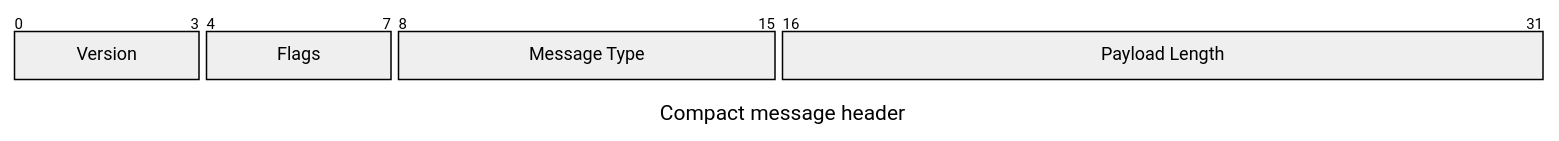
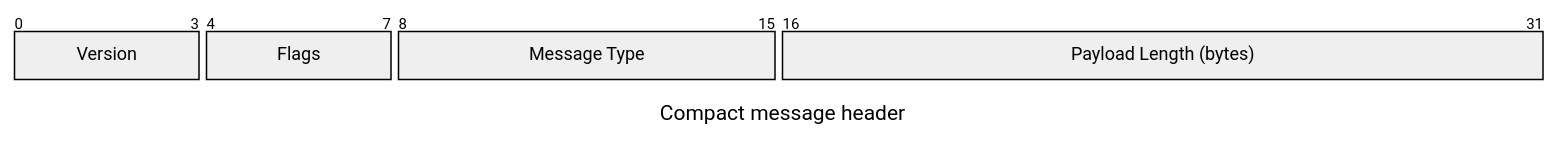
The first of 2 diagrams in src/rulesync/.rulesync/skills/mols-mermaid-diagram/references/examples/packet-diagram.md (mols3131d/mols-agent-assets), drawn with Mermaid before and after one commit. The commit also changed other lines of this file and 27 other files, not shown here.

Commit message:
docs(mermaid): diagram examples 단계별 고도화

````diff
--- a/src/rulesync/.rulesync/skills/mols-mermaid-diagram/references/examples/packet-diagram.md
+++ b/src/rulesync/.rulesync/skills/mols-mermaid-diagram/references/examples/packet-diagram.md
@@ -9,10 +11,10 @@
 ```mermaid
 ---
 title: "Compact message header"
 ---
 packet
     0-3: "Version"
     4-7: "Flags"
     8-15: "Message Type"
-    16-31: "Payload Length"
+    16-31: "Payload Length (bytes)"
 ```
````
